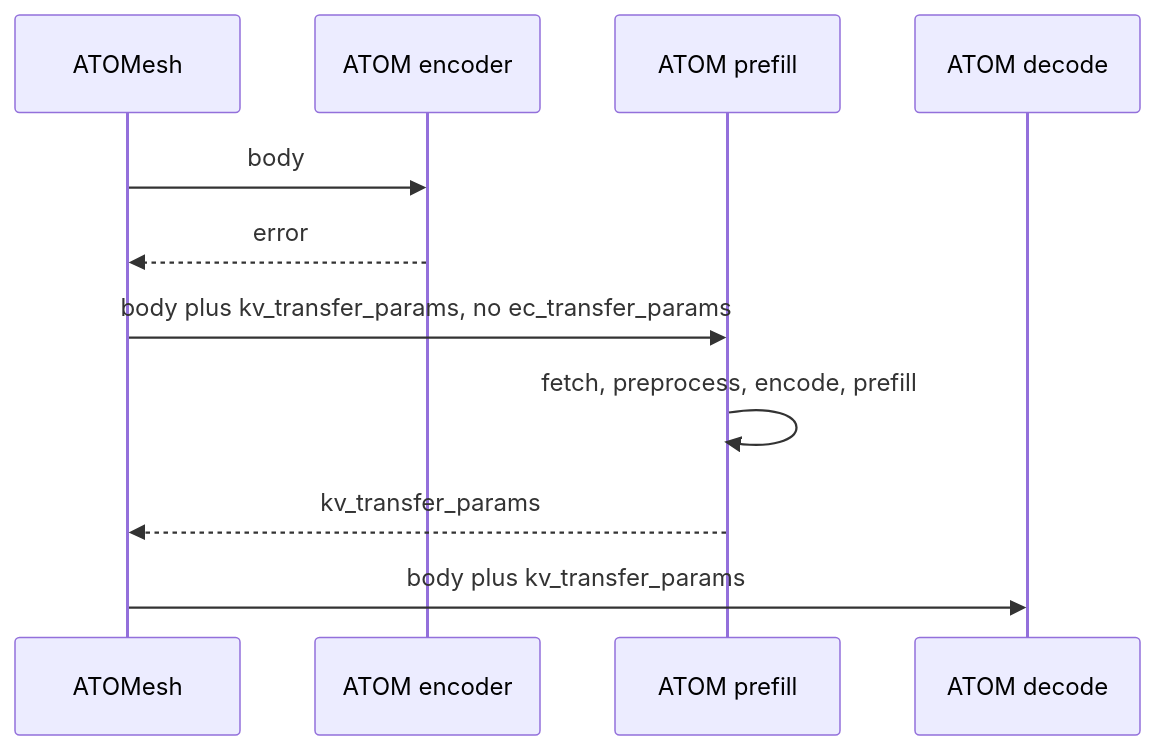
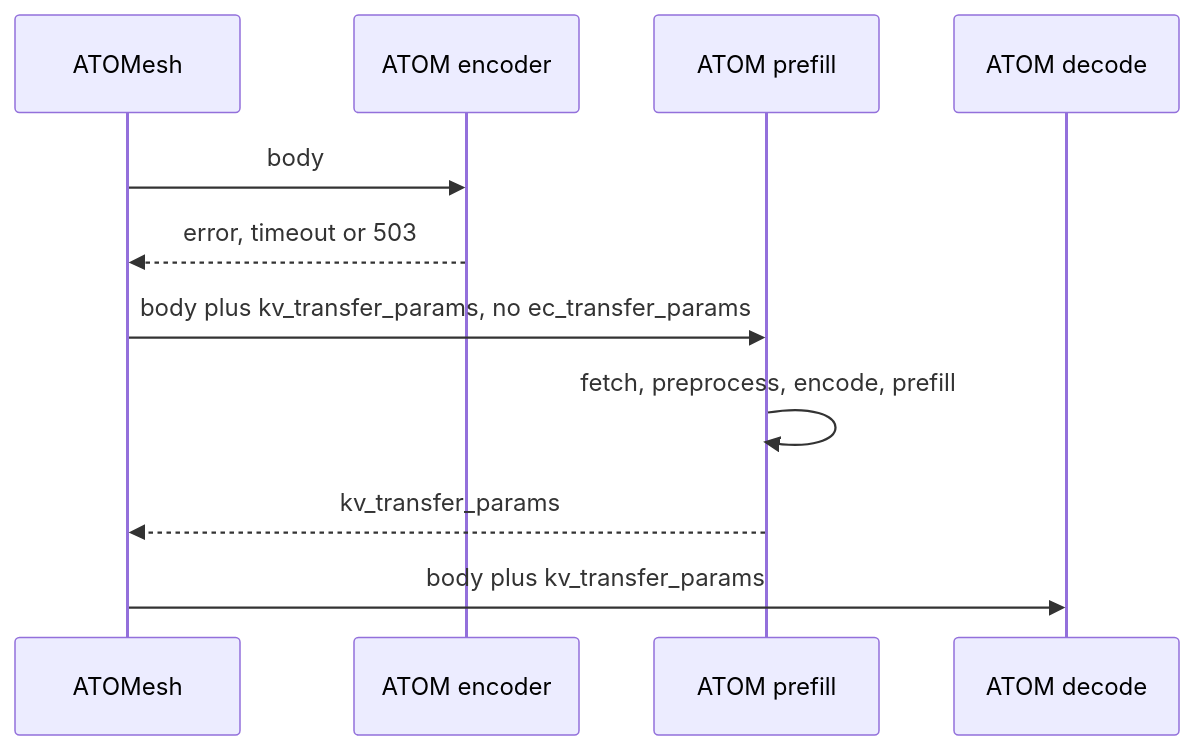
The fifth of 6 diagrams in docs/atomesh_multimodal_epd.md (ROCm/ATOM), drawn with Mermaid before and after one commit. The commit also changed other lines of this file and 1 other file, not shown here.

````diff
--- a/docs/atomesh_multimodal_epd.md
+++ b/docs/atomesh_multimodal_epd.md
@@ -123,13 +174,13 @@
 ```mermaid
 sequenceDiagram
     participant M as ATOMesh
     participant E as ATOM encoder
     participant P as ATOM prefill
     participant D as ATOM decode
     M->>E: body
-    E-->>M: error
+    E-->>M: error, timeout or 503
     M->>P: body plus kv_transfer_params, no ec_transfer_params
     P->>P: fetch, preprocess, encode, prefill
     P-->>M: kv_transfer_params
     M->>D: body plus kv_transfer_params
 ```
````
